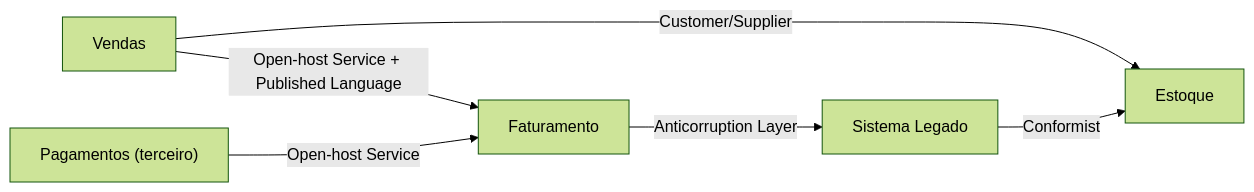
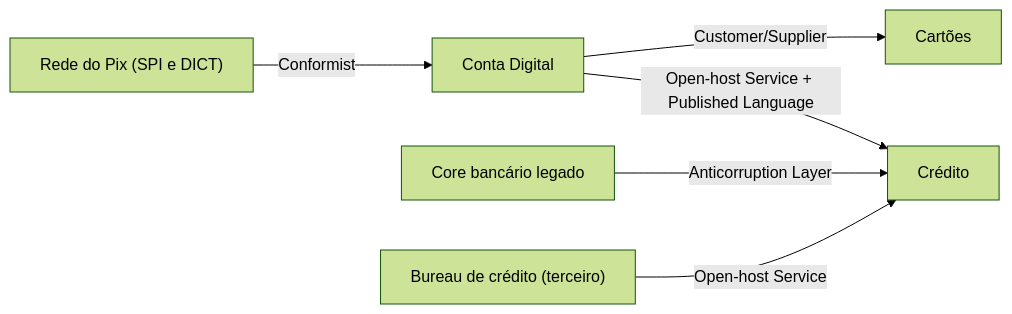
One commit to alancesar/design-patterns changed the diagram in docs/design/ddd/context-mapping/context-map.md. Above: the diagram before and after it, drawn with Mermaid (forest theme). The commit also changed other lines of this file and 67 other files, not shown here.

First line of the commit message:
Switch DDD examples and diagrams to fintech scenarios

````diff
--- a/docs/design/ddd/context-mapping/context-map.md
+++ b/docs/design/ddd/context-mapping/context-map.md
@@ -55,8 +55,8 @@
 ```mermaid
 flowchart LR
-    V["Vendas"] -->|"Open-host Service + Published Language"| F["Faturamento"]
-    V -->|"Customer/Supplier"| E["Estoque"]
-    L["Sistema Legado"] -->|"Conformist"| E
-    F -->|"Anticorruption Layer"| L
-    P["Pagamentos (terceiro)"] -->|"Open-host Service"| F
+    CD["Conta Digital"] -->|"Open-host Service + Published Language"| CR["Crédito"]
+    CD -->|"Customer/Supplier"| CA["Cartões"]
+    RP["Rede do Pix (SPI e DICT)"] -->|"Conformist"| CD
+    L["Core bancário legado"] -->|"Anticorruption Layer"| CR
+    BU["Bureau de crédito (terceiro)"] -->|"Open-host Service"| CR
 ```
````
